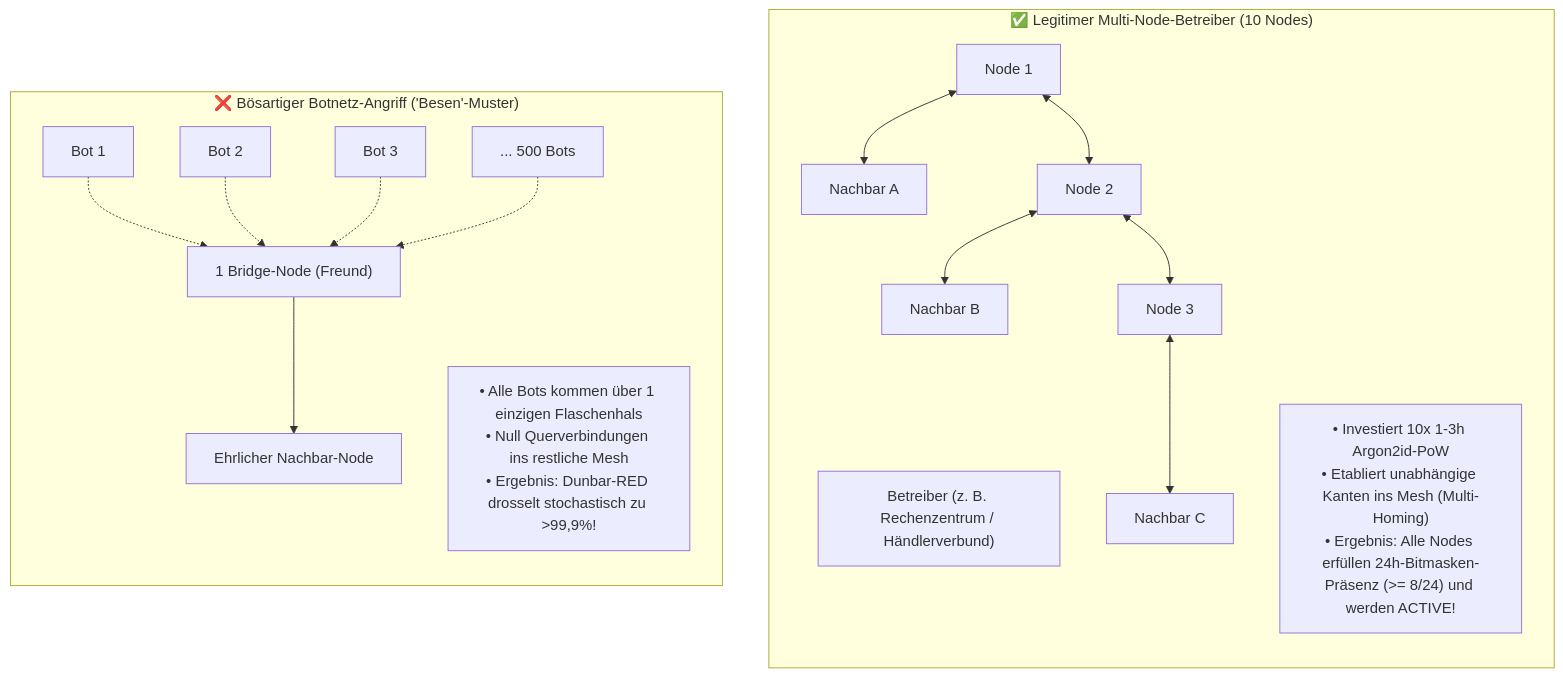
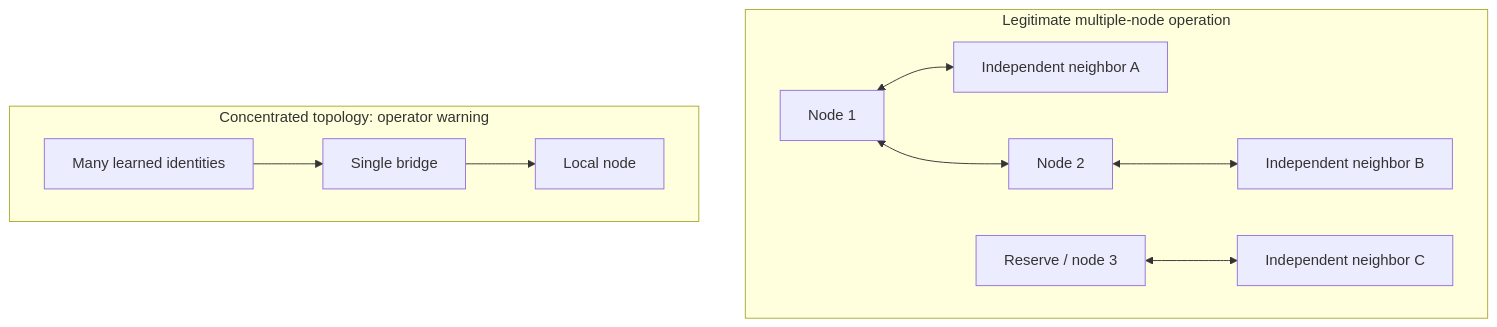
Before and after one commit to minutogit/human-money-node: the first of 2 diagrams in docs/17_topologie_telemetrie_und_social_defense.md, drawn with Mermaid. The commit also changed other lines of this file and 38 other files, not shown here.

First line of the commit message:
feat(arch): consolidate architecture specs and enforce durable-before-vote

````diff
--- a/docs/17_topologie_telemetrie_und_social_defense.md
+++ b/docs/17_topologie_telemetrie_und_social_defense.md
@@ -27,23 +19,13 @@
 ```mermaid
 flowchart TD
-    subgraph Legit["✅ Legitimer Multi-Node-Betreiber (10 Nodes)"]
-        direction TB
-        Owner["Betreiber (z. B. Rechenzentrum / Händlerverbund)"]
-        N1["Node 1"] <--> P1["Nachbar A"]
-        N2["Node 2"] <--> P2["Nachbar B"]
-        N3["Node 3"] <--> P3["Nachbar C"]
-        N1 <--> N2 <--> N3
-        NoteLegit["• Investiert 10x 1-3h Argon2id-PoW<br>• Etabliert unabhängige Kanten ins Mesh (Multi-Homing)<br>• Ergebnis: Alle Nodes erfüllen 24h-Bitmasken-Präsenz (>= 8/24) und werden ACTIVE!"]
+    subgraph Multi["Legitimate multiple-node operation"]
+        N1["Node 1"] <--> A["Independent neighbor A"]
+        N2["Node 2"] <--> B["Independent neighbor B"]
+        N3["Reserve / node 3"] <--> C["Independent neighbor C"]
+        N1 <--> N2
     end
-
-    subgraph Botnet["❌ Bösartiger Botnetz-Angriff ('Besen'-Muster)"]
-        direction TB
-        BadBridge["1 Bridge-Node (Freund)"]
-        B1["Bot 1"] -.-> BadBridge
-        B2["Bot 2"] -.-> BadBridge
-        B3["Bot 3"] -.-> BadBridge
-        B500["... 500 Bots"] -.-> BadBridge
-        BadBridge --> Honest["Ehrlicher Nachbar-Node"]
-        NoteBot["• Alle Bots kommen über 1 einzigen Flaschenhals<br>• Null Querverbindungen ins restliche Mesh<br>• Ergebnis: Dunbar-RED drosselt stochastisch zu >99,9%!"]
+    subgraph Concentration["Concentrated topology: operator warning"]
+        B1["Many learned identities"] --> Bridge["Single bridge"]
+        Bridge --> Local["Local node"]
     end
 ```
````
